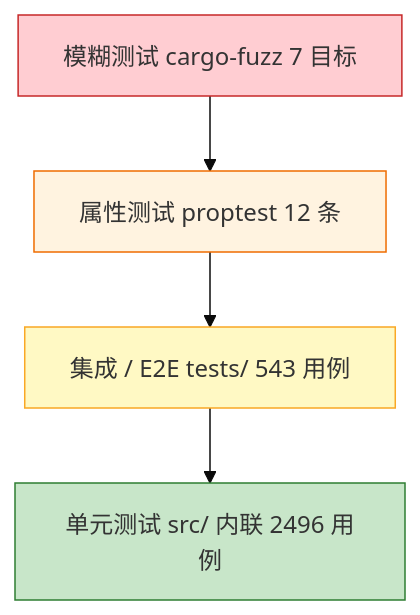
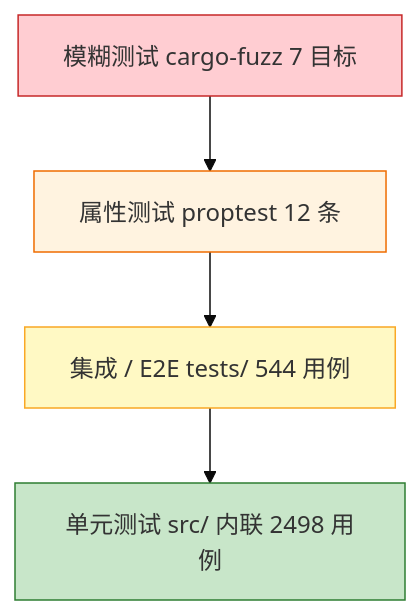
The diagram in docs/TEST_SCENARIOS.md (Kirky-X/calnexus), drawn with Mermaid (base theme) before and after one commit. The commit also changed other lines of this file and 44 other files, not shown here.

````diff
--- a/docs/TEST_SCENARIOS.md
+++ b/docs/TEST_SCENARIOS.md
@@ -78,11 +78,11 @@
 ```mermaid
 graph TD
     A[模糊测试 cargo-fuzz 7 目标] --> B[属性测试 proptest 12 条]
-    B --> C[集成 / E2E tests/ 543 用例]
-    C --> D[单元测试 src/ 内联 2496 用例]
+    B --> C[集成 / E2E tests/ 544 用例]
+    C --> D[单元测试 src/ 内联 2498 用例]
 
     style A fill:#ffcdd2,stroke:#c62828
     style B fill:#fff3e0,stroke:#ef6c00
     style C fill:#fff9c4,stroke:#f9a825
     style D fill:#c8e6c9,stroke:#2e7d32
 ```
````
